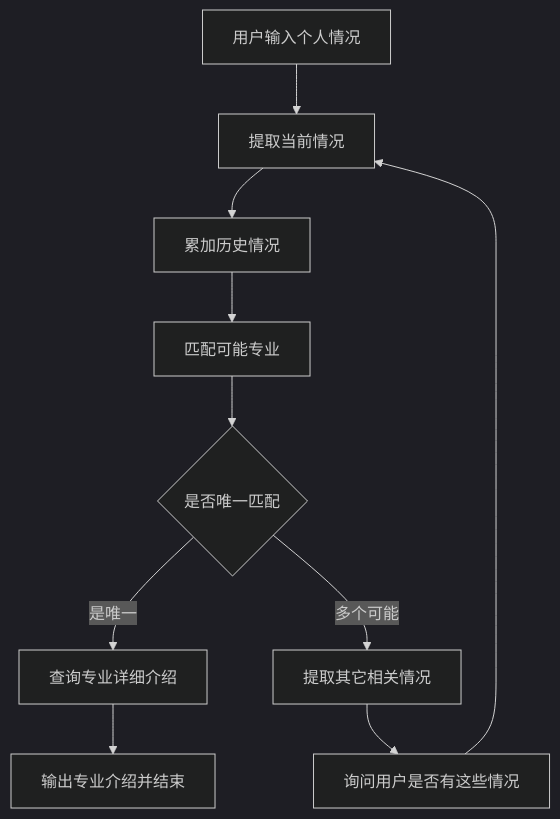
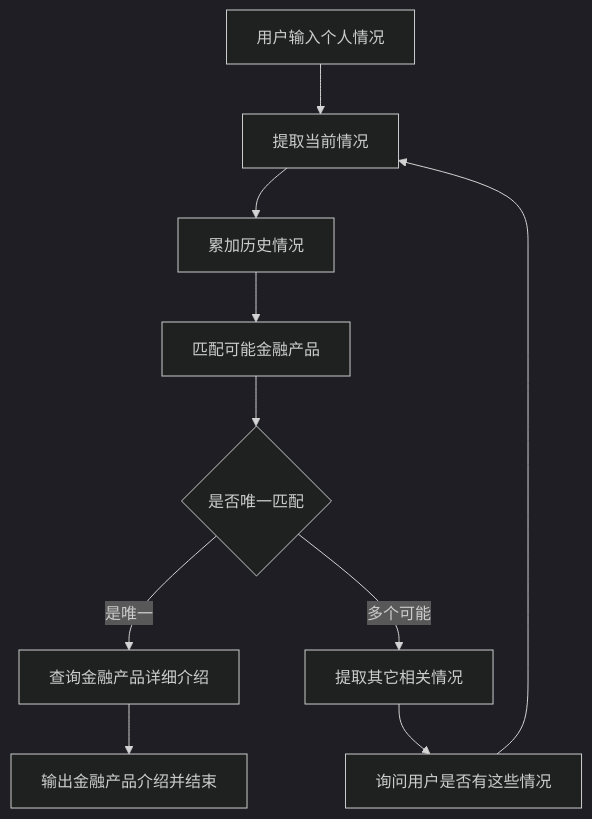
One commit to johnson7788/DecisionAgent changed the diagram in backend/finance/README.md. Above: the diagram before and after it, drawn with Mermaid (dark theme). The commit also changed other lines of this file and 7 other files, not shown here.

````diff
--- a/backend/finance/README.md
+++ b/backend/finance/README.md
@@ -18,16 +20,16 @@
 ```mermaid
 flowchart TD
     A[用户输入个人情况] --> B[提取当前情况]
     B --> C[累加历史情况]
-    C --> D[匹配可能专业]
+    C --> D[匹配可能金融产品]
 
     D --> E{是否唯一匹配}
     
-    E -- 是唯一 --> F[查询专业详细介绍]
+    E -- 是唯一 --> F[查询金融产品详细介绍]
     
     E -- 多个可能 --> G[提取其它相关情况]
     G --> H[询问用户是否有这些情况]
     H --> B
 
-    F --> I[输出专业介绍并结束]
+    F --> I[输出金融产品介绍并结束]
 ```
````
